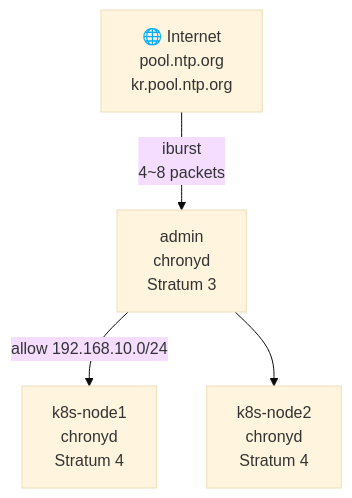
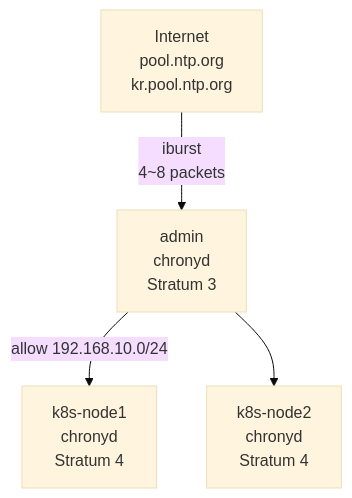
The third of 8 diagrams in docs/k8s-deploy/week6-kubespray-offline.md (juwon8891/juwon8891.github.io), drawn with Mermaid (base theme) before and after one commit. The commit also changed other lines of this file and 29 other files, not shown here.

````diff
--- a/docs/k8s-deploy/week6-kubespray-offline.md
+++ b/docs/k8s-deploy/week6-kubespray-offline.md
@@ -241,10 +250,10 @@
 ```mermaid
 graph TB
-    Internet["🌐 Internet<br/>pool.ntp.org<br/>kr.pool.ntp.org"]
+    Internet[" Internet<br/>pool.ntp.org<br/>kr.pool.ntp.org"]
 
     Internet -->|"iburst<br/>4~8 packets"| AdminNTP["admin<br/>chronyd<br/>Stratum 3"]
 
     AdminNTP -->|"allow 192.168.10.0/24"| Node1NTP["k8s-node1<br/>chronyd<br/>Stratum 4"]
     AdminNTP --> Node2NTP["k8s-node2<br/>chronyd<br/>Stratum 4"]
 
 ```
````
